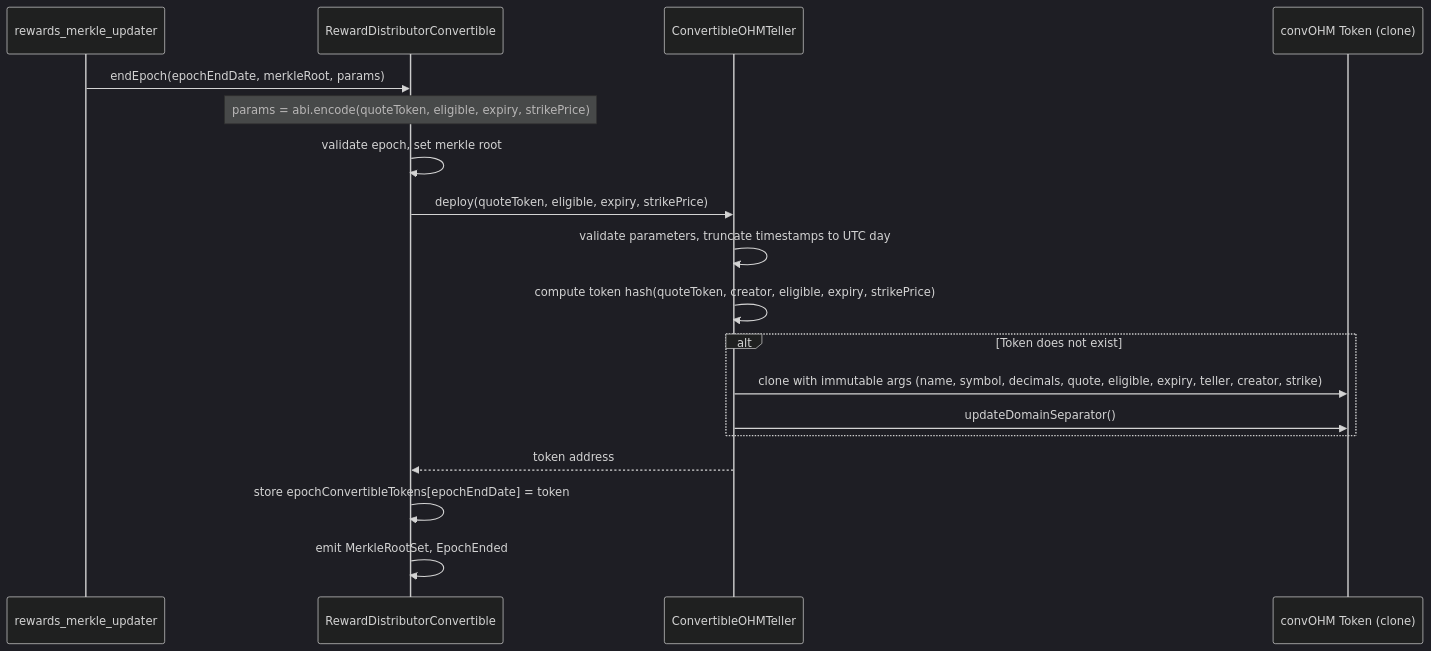
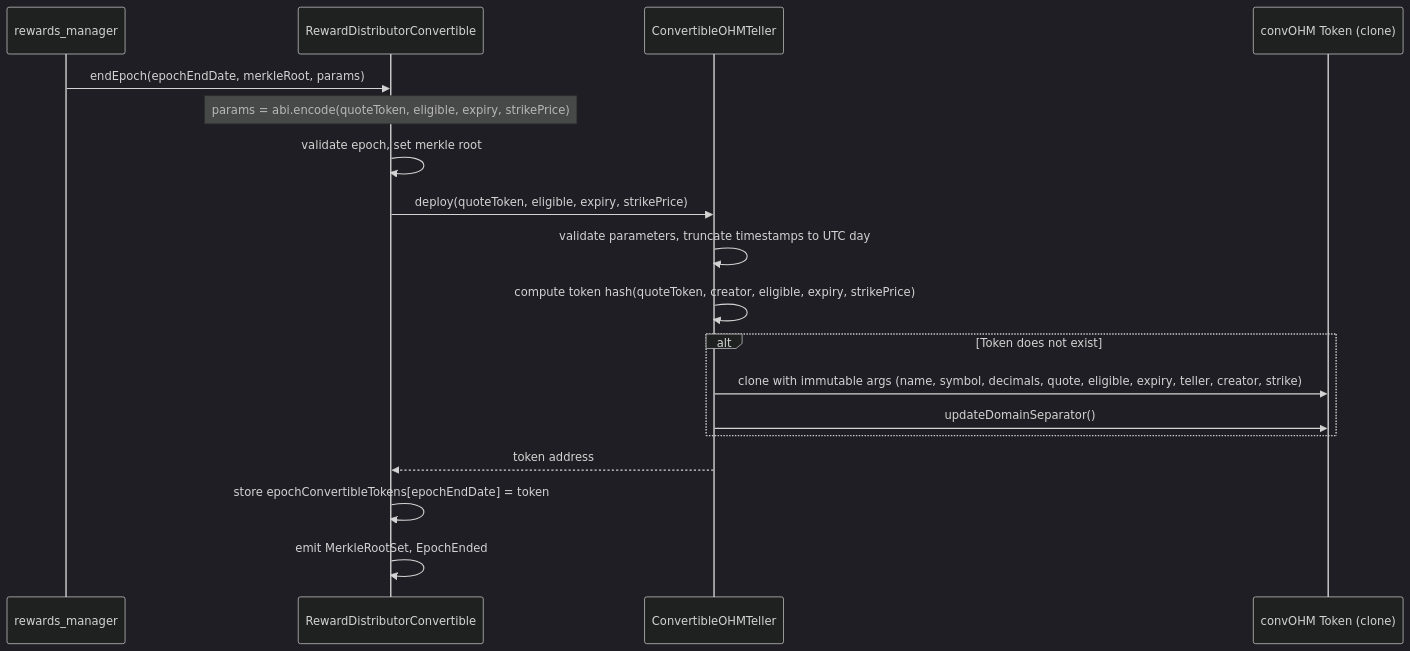
Before and after one commit to OlympusDAO/olympus-v3: the second of 6 diagrams in audit/2026-02_rewards/README.md, drawn with Mermaid (dark theme). The commit also changed other lines of this file and 4 other files, not shown here.

Commit message:
fix: rename `role_merkle_updater` to `role_rewards_manager`

````diff
--- a/audit/2026-02_rewards/README.md
+++ b/audit/2026-02_rewards/README.md
@@ -193,21 +193,21 @@
 ```mermaid
 sequenceDiagram
-    participant Admin as rewards_merkle_updater
+    participant Admin as rewards_manager
     participant DistConv as RewardDistributorConvertible
     participant Teller as ConvertibleOHMTeller
     participant ConvToken as convOHM Token (clone)
 
     Admin->>DistConv: endEpoch(epochEndDate, merkleRoot, params)
     Note over DistConv: params = abi.encode(quoteToken, eligible, expiry, strikePrice)
     DistConv->>DistConv: validate epoch, set merkle root
     DistConv->>Teller: deploy(quoteToken, eligible, expiry, strikePrice)
     Teller->>Teller: validate parameters, truncate timestamps to UTC day
     Teller->>Teller: compute token hash(quoteToken, creator, eligible, expiry, strikePrice)
     alt Token does not exist
         Teller->>ConvToken: clone with immutable args (name, symbol, decimals, quote, eligible, expiry, teller, creator, strike)
         Teller->>ConvToken: updateDomainSeparator()
     end
     Teller-->>DistConv: token address
     DistConv->>DistConv: store epochConvertibleTokens[epochEndDate] = token
     DistConv->>DistConv: emit MerkleRootSet, EpochEnded
 ```
````
